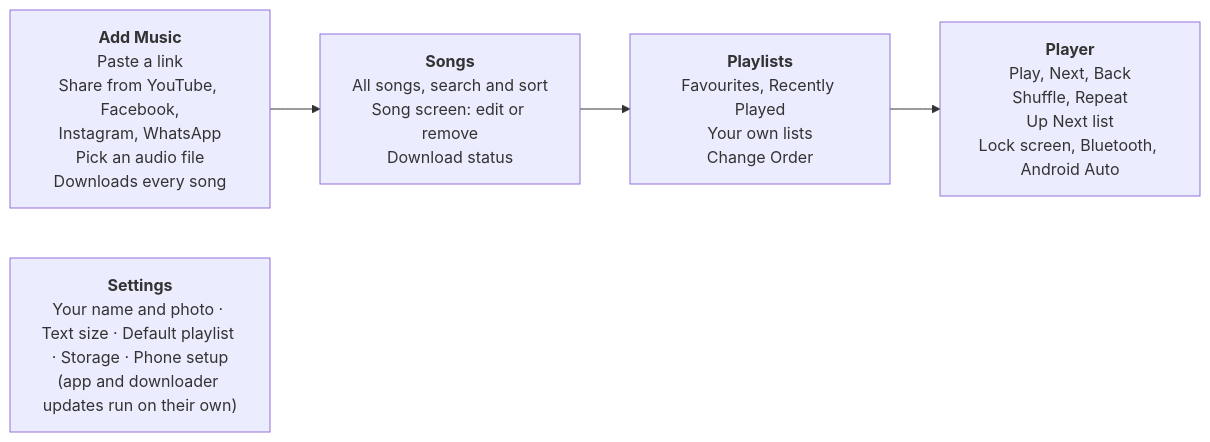
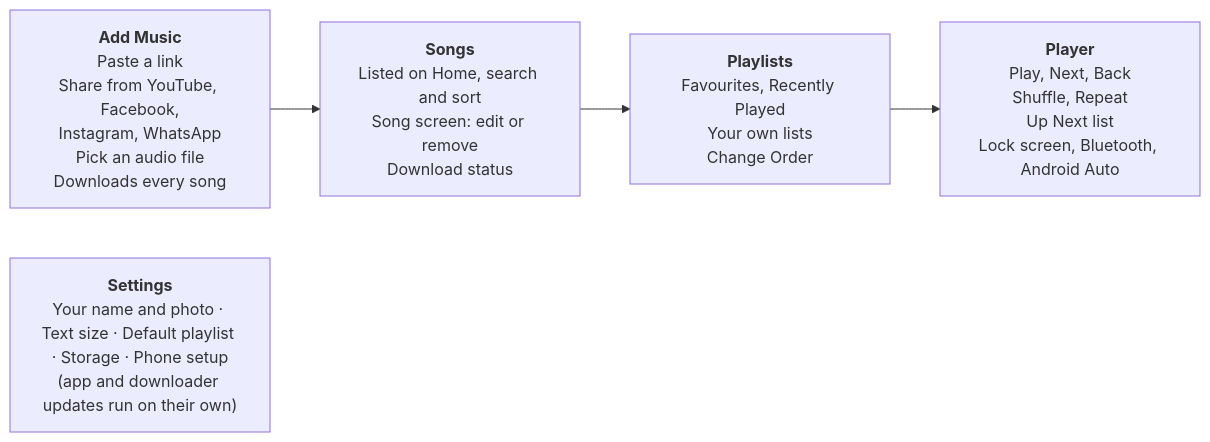
Before and after one commit to codetiger/My-Music-App: the first of 3 diagrams in highlevel-requirements.md, drawn with Mermaid. The commit also changed other lines of this file and 13 other files, not shown here.

````diff
--- a/highlevel-requirements.md
+++ b/highlevel-requirements.md
@@ -50,9 +50,9 @@
 ```mermaid
 flowchart LR
     A["<b>Add Music</b><br/>Paste a link<br/>Share from YouTube, Facebook,<br/>Instagram, WhatsApp<br/>Pick an audio file<br/>Downloads every song"]
-    B["<b>Songs</b><br/>All songs, search and sort<br/>Song screen: edit or remove<br/>Download status"]
+    B["<b>Songs</b><br/>Listed on Home, search and sort<br/>Song screen: edit or remove<br/>Download status"]
     C["<b>Playlists</b><br/>Favourites, Recently Played<br/>Your own lists<br/>Change Order"]
     D["<b>Player</b><br/>Play, Next, Back<br/>Shuffle, Repeat<br/>Up Next list<br/>Lock screen, Bluetooth, Android Auto"]
     A --> B --> C --> D
     S["<b>Settings</b><br/>Your name and photo · Text size · Default playlist · Storage · Phone setup<br/>(app and downloader updates run on their own)"]
 ```
````
